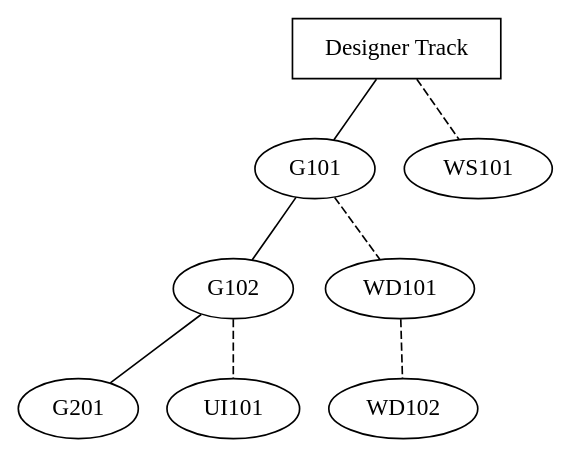
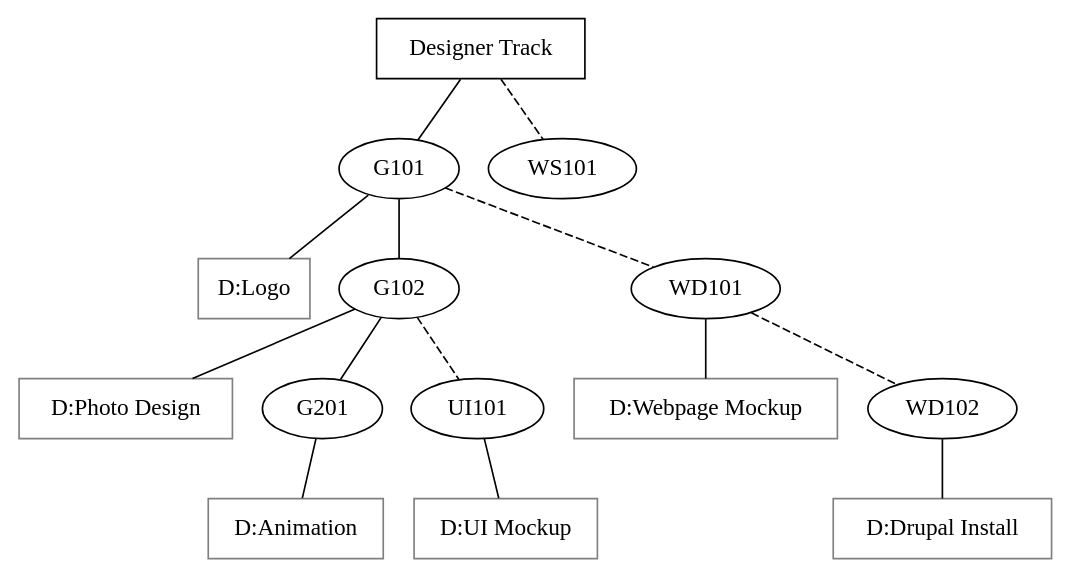
The diagram in designer-track.dot (open-it-lab/ol-curriculum), drawn with Graphviz before and after one commit.

Commit message:
deliverables for designer track

```diff
--- a/designer-track.dot
+++ b/designer-track.dot
@@ -1,15 +1,29 @@
 graph g {
 	# nodes.doth
 	
 	g [label="Designer Track", shape="rectangle"];
+
+	deliver1 [label="D:Logo",shape="rectangle",color="gray"];
+	deliver2 [label="D:Photo Design",shape="rectangle",color="gray"];
+	deliver3 [label="D:Animation",shape="rectangle",color="gray"];
+	deliver4 [label="D:UI Mockup",shape="rectangle",color="gray"];
+	deliver5 [label="D:Webpage Mockup",shape="rectangle",color="gray"];
+	deliver6 [label="D:Drupal Install",shape="rectangle",color="gray"];
 	
 	g -- G101;
 	G101 -- G102;
 	G102 -- G201;
 
+	G101 -- deliver1;
+	G102 -- deliver2;
+	G201 -- deliver3;
+
 	g -- WS101 [style="dashed"];
 	G101 -- WD101 [style="dashed"];
 	WD101 -- WD102 [style="dashed"];
+	WD101 -- deliver5;
+	WD102 -- deliver6;
 
 	G102 -- UI101 [style="dashed"];
+	UI101 -- deliver4;
 }
```
